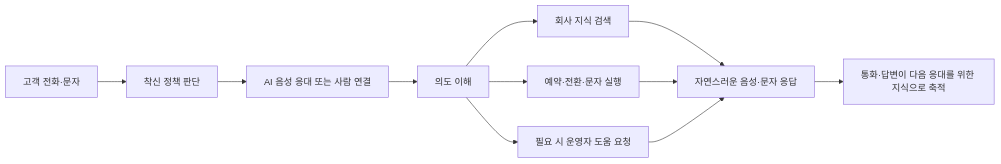
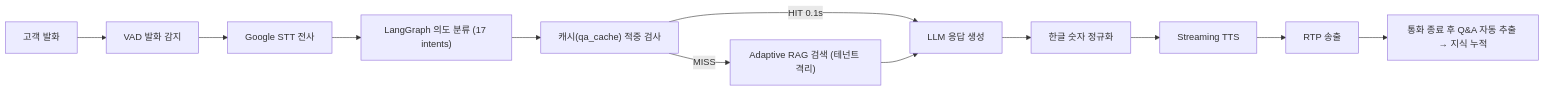
Before and after one commit to hak023/agentic_ai_callbot: the first of 34 diagrams in docs/presentation/PROJECT_BRIEF.md, drawn with Mermaid. The commit also changed other lines of this file, not shown here.

First line of the commit message:
Expand brief: layered architecture, per-feature deep dives, broader ideation

````diff
--- a/docs/presentation/PROJECT_BRIEF.md
+++ b/docs/presentation/PROJECT_BRIEF.md
@@ -85,13 +113,14 @@
 ```mermaid
 flowchart LR
-    In["고객 전화·문자"] --> Control["착신 정책 판단"]
-    Control --> Voice["AI 음성 응대 또는 사람 연결"]
-    Voice --> Intent["의도 이해"]
-    Intent --> Knowledge["회사 지식 검색"]
-    Intent --> Action["예약·전환·문자 실행"]
-    Intent --> HITL["필요 시 운영자 도움 요청"]
-    Knowledge --> Reply["자연스러운 음성·문자 응답"]
-    Action --> Reply
-    HITL --> Reply
-    Reply --> Learn["통화·답변이 다음 응대를 위한 지식으로 축적"]
+    P["고객 발화"] --> V["VAD 발화 감지"]
+    V --> S["Google STT 전사"]
+    S --> R["LangGraph 의도 분류 (17 intents)"]
+    R --> CA["캐시(qa_cache) 적중 검사"]
+    CA -->|HIT 0.1s| G["LLM 응답 생성"]
+    CA -->|MISS| RAG["Adaptive RAG 검색 (테넌트 격리)"]
+    RAG --> G
+    G --> N["한글 숫자 정규화"]
+    N --> T["Streaming TTS"]
+    T --> O["RTP 송출"]
+    O --> L["통화 종료 후 Q&A 자동 추출 → 지식 누적"]
 ```
````
